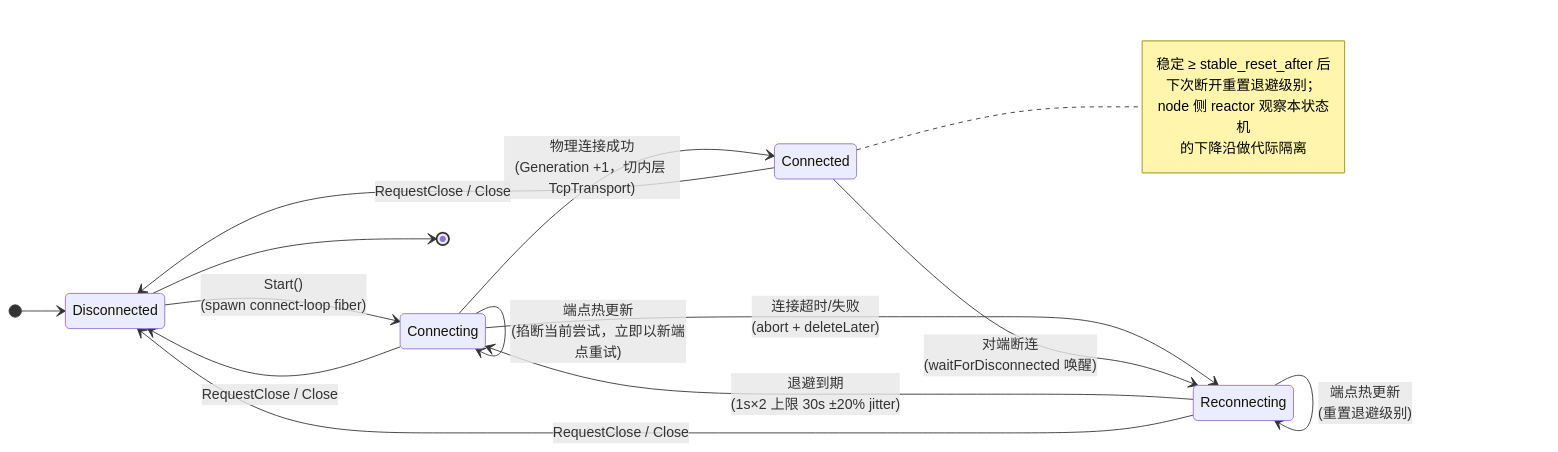
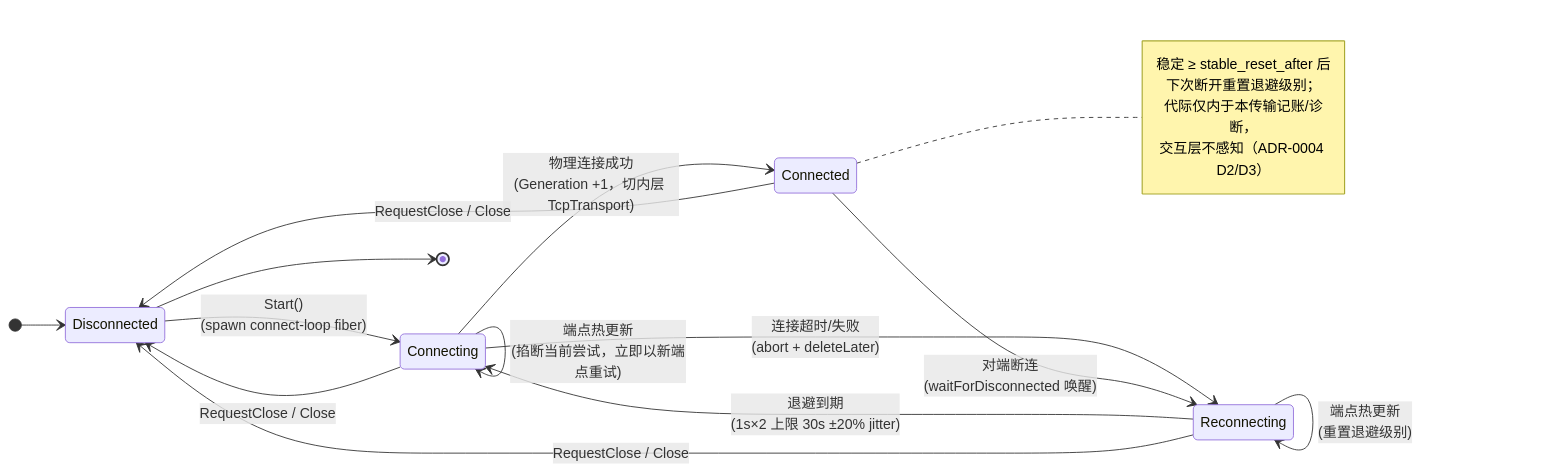
One commit to Ste7an-cs/Transport changed the diagram in docs/diagrams/state-connection.mmd. Above: the diagram before and after it, drawn with Mermaid. The commit also changed 13 other files, not shown here.

First line of the commit message:
docs: 同步丢弃归因七项减六项(ADR-0004 D3)+ 重绘链路断开时序图

```diff
--- a/docs/diagrams/state-connection.mmd
+++ b/docs/diagrams/state-connection.mmd
@@ -1,24 +1,24 @@
 stateDiagram-v2
     direction LR
     [*] --> Disconnected
 
     Disconnected --> Connecting: Start()<br/>(spawn connect-loop fiber)
     Connecting --> Connected: 物理连接成功<br/>(Generation +1，切内层 TcpTransport)
     Connecting --> Reconnecting: 连接超时/失败<br/>(abort + deleteLater)
     Connecting --> Connecting: 端点热更新<br/>(掐断当前尝试，立即以新端点重试)
 
     Connected --> Reconnecting: 对端断连<br/>(waitForDisconnected 唤醒)
     Reconnecting --> Connecting: 退避到期<br/>(1s×2 上限 30s ±20% jitter)
     Reconnecting --> Reconnecting: 端点热更新<br/>(重置退避级别)
 
     Connected --> Disconnected: RequestClose / Close
     Connecting --> Disconnected: RequestClose / Close
     Reconnecting --> Disconnected: RequestClose / Close
     Disconnected --> [*]
 
     note right of Connected
         稳定 ≥ stable_reset_after 后
         下次断开重置退避级别；
-        node 侧 reactor 观察本状态机
-        的下降沿做代际隔离
+        代际仅内于本传输记账/诊断，
+        交互层不感知（ADR-0004 D2/D3）
     end note
```
